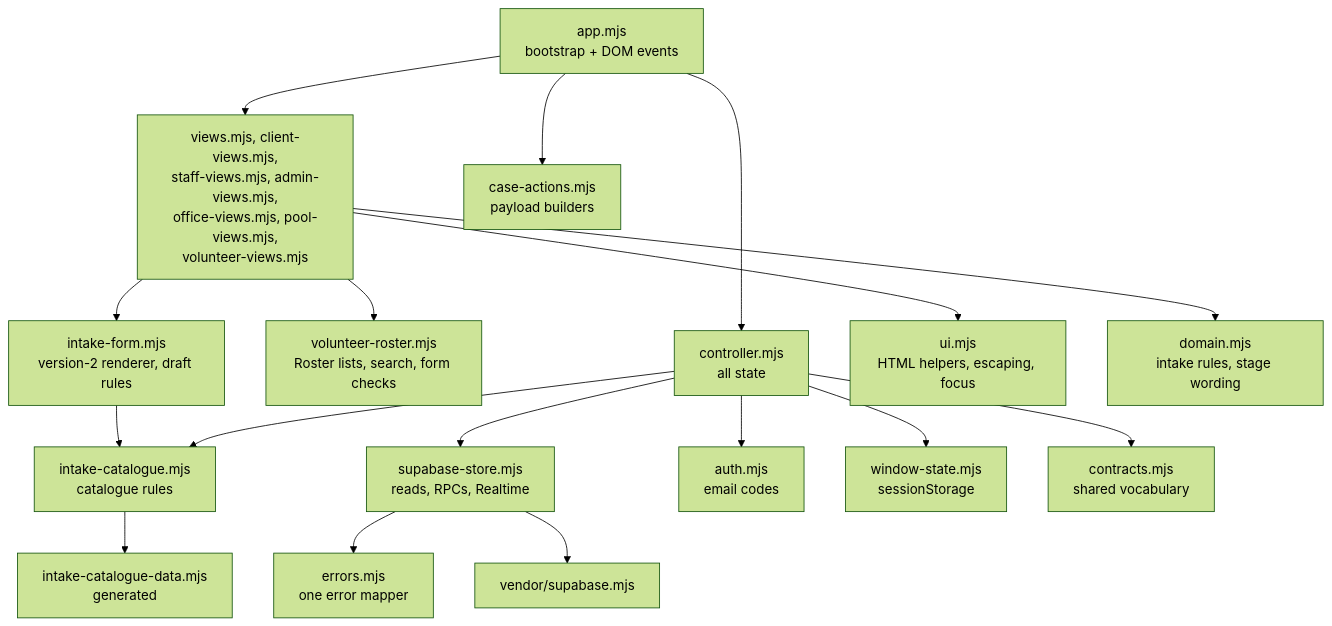
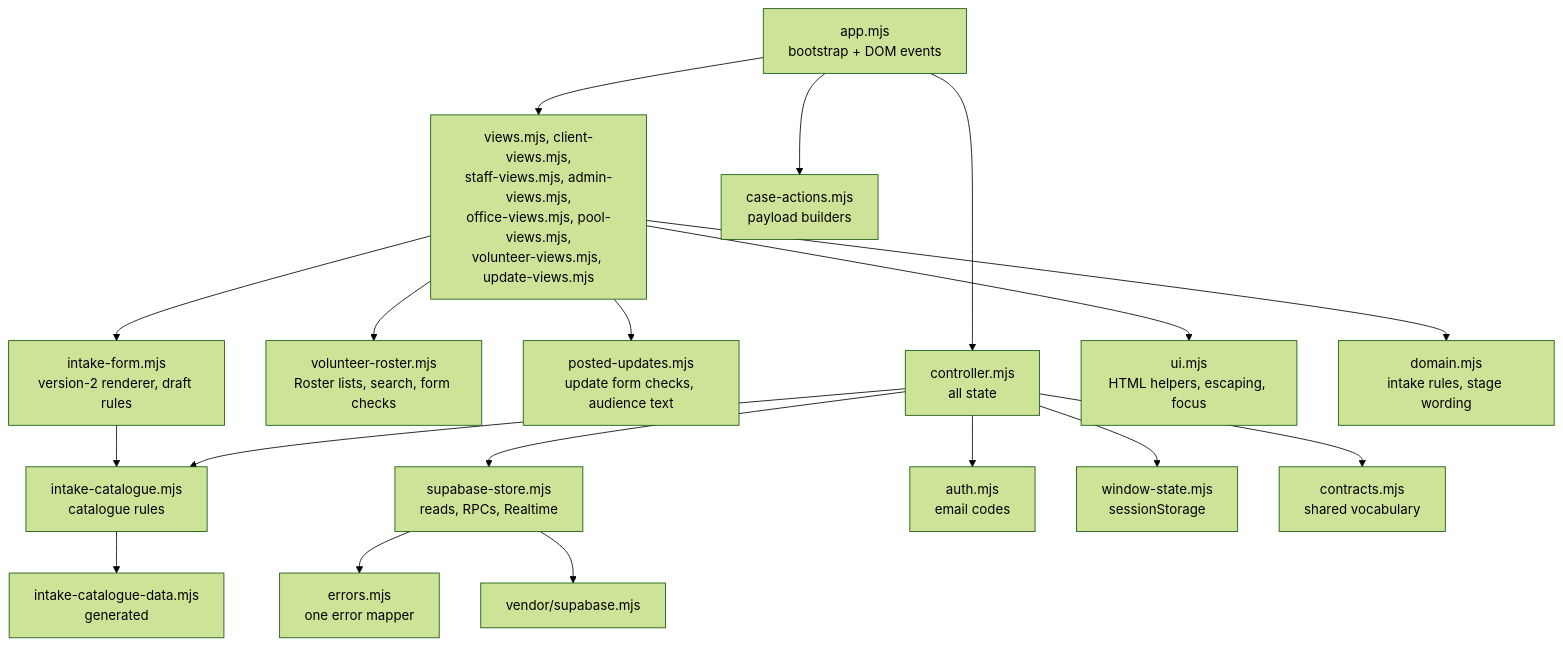
One commit to jin-yu-yang/vitally changed the diagram in docs/developer/frontend.md. Above: the diagram before and after it, drawn with Mermaid (forest theme). The commit also changed other lines of this file and 6 other files, not shown here.

````diff
--- a/docs/developer/frontend.md
+++ b/docs/developer/frontend.md
@@ -38,19 +39,20 @@
 ```mermaid
 flowchart TD
   app["app.mjs<br/>bootstrap + DOM events"] --> controller["controller.mjs<br/>all state"]
-  app --> views["views.mjs, client-views.mjs,<br/>staff-views.mjs, admin-views.mjs,<br/>office-views.mjs, pool-views.mjs,<br/>volunteer-views.mjs"]
+  app --> views["views.mjs, client-views.mjs,<br/>staff-views.mjs, admin-views.mjs,<br/>office-views.mjs, pool-views.mjs,<br/>volunteer-views.mjs, update-views.mjs"]
   app --> caseActions["case-actions.mjs<br/>payload builders"]
   views --> roster["volunteer-roster.mjs<br/>Roster lists, search, form checks"]
+  views --> postedUpdates["posted-updates.mjs<br/>update form checks, audience text"]
   views --> intakeForm["intake-form.mjs<br/>version-2 renderer, draft rules"]
   intakeForm --> catalogue["intake-catalogue.mjs<br/>catalogue rules"]
   controller --> catalogue
   catalogue --> catalogueData["intake-catalogue-data.mjs<br/>generated"]
   controller --> store["supabase-store.mjs<br/>reads, RPCs, Realtime"]
   controller --> auth["auth.mjs<br/>email codes"]
   controller --> windowState["window-state.mjs<br/>sessionStorage"]
   views --> ui["ui.mjs<br/>HTML helpers, escaping, focus"]
   views --> domain["domain.mjs<br/>intake rules, stage wording"]
   store --> errors["errors.mjs<br/>one error mapper"]
   controller --> contracts["contracts.mjs<br/>shared vocabulary"]
   store --> sdk["vendor/supabase.mjs"]
 ```
````
